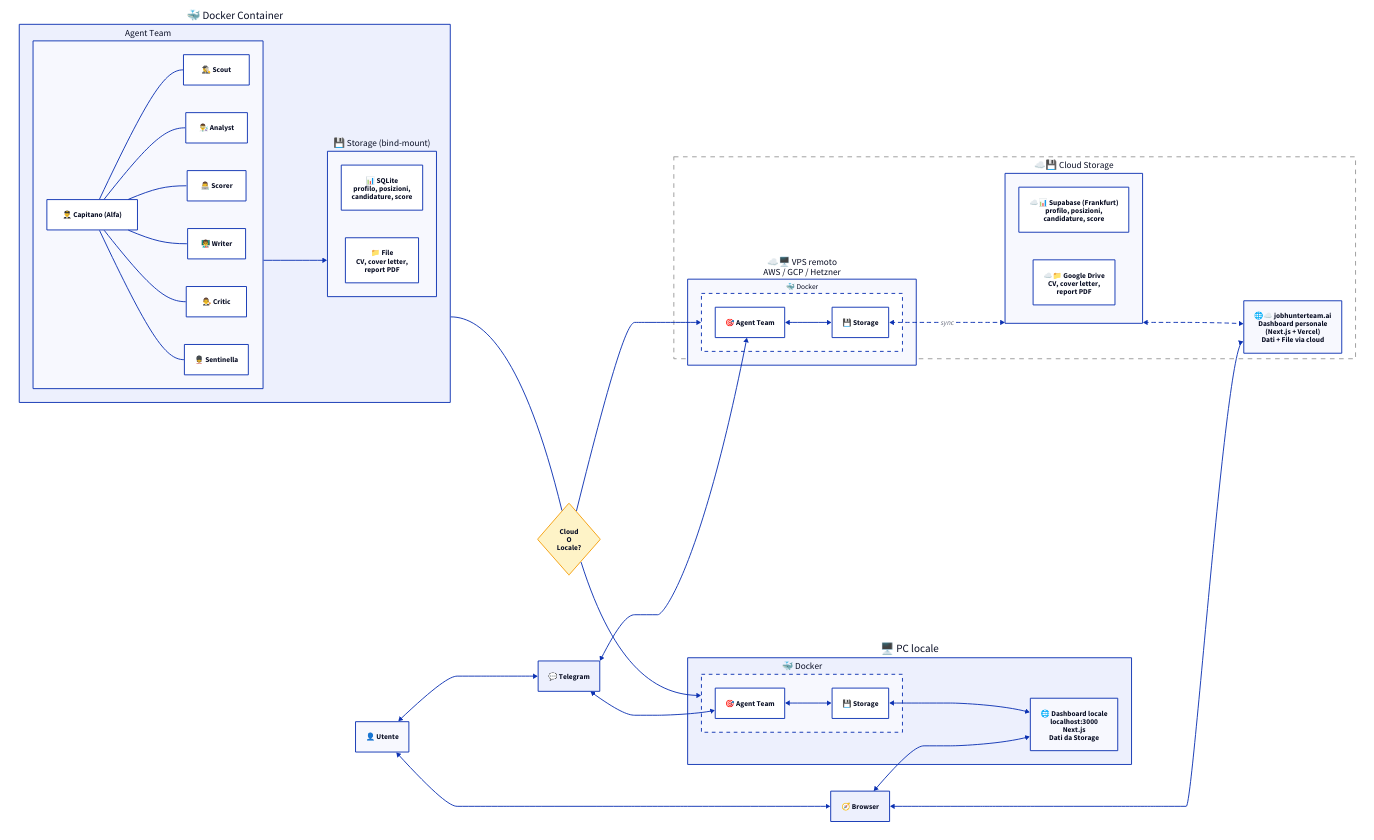
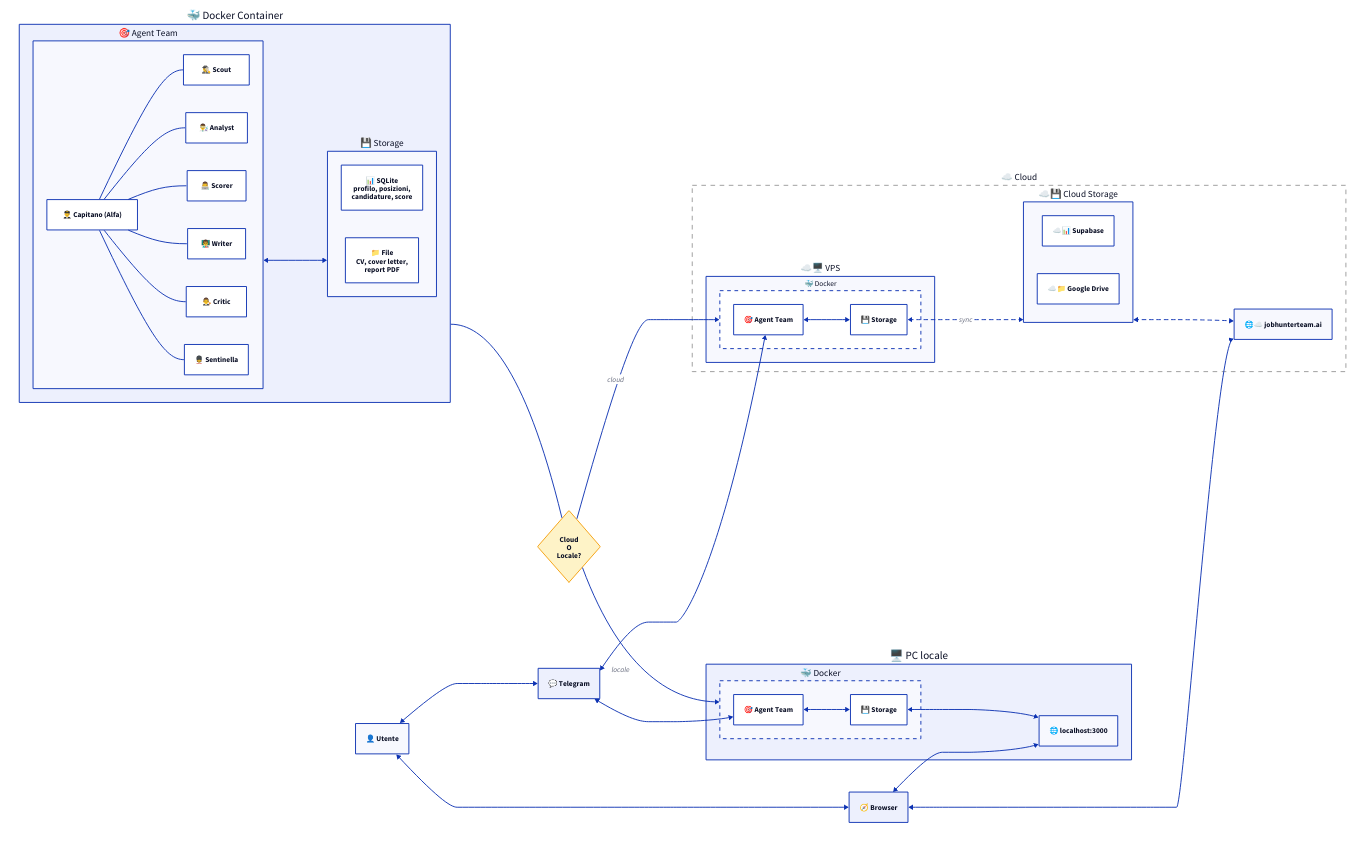
Before and after one commit to leopu00/job-hunter-team: the diagram in docs/infra.d2, drawn with D2.

Commit message:
docs(infra): polish labels and edges
- Bidirectional arrow between Agent Team and Storage in Docker Container
- Label "cloud"/"locale" on decision junction arrows
- Emoji on Agent Team in main Docker Container
- Simplified labels: VPS, Storage, Cloud Storage children, site, localhost
- Cloud container now labeled for better padding

```diff
--- a/docs/infra.d2
+++ b/docs/infra.d2
@@ -1,106 +1,107 @@
 direction: right
 
 row1: "" {
   style: {
     stroke: transparent
     fill: transparent
   }
   direction: down
 
   docker: "🐳 Docker Container" {
-    team: "Agent Team" {
+    team: "🎯 Agent Team" {
       capitano: "👨‍✈️ Capitano (Alfa)"
       scout: "🕵️‍♂️ Scout"
       analyst: "👨‍🔬 Analyst"
       scorer: "👨‍💻 Scorer"
       writer: "👨‍🏫 Writer"
       critic: "👨‍⚖️ Critic"
       sentinella: "💂 Sentinella"
 
       capitano -- scout
       capitano -- analyst
       capitano -- scorer
       capitano -- writer
       capitano -- critic
       capitano -- sentinella
     }
 
-    storage: "💾 Storage (bind-mount)" {
+    storage: "💾 Storage" {
       sqlite: "📊 SQLite\nprofilo, posizioni,\ncandidature, score"
       file: "📁 File\nCV, cover letter,\nreport PDF"
     }
 
-    team -> storage
+    team <-> storage
   }
 
-  cloud_col: "" {
+  cloud_col: "☁️ Cloud" {
     style: {
       stroke: "#999"
       stroke-dash: 5
       fill: transparent
+      font-size: 20
     }
     cloud: "☁️💾 Cloud Storage" {
-      supabase: "☁️📊 Supabase (Frankfurt)\nprofilo, posizioni,\ncandidature, score"
-      gdrive: "☁️📁 Google Drive\nCV, cover letter,\nreport PDF"
+      supabase: "☁️📊 Supabase"
+      gdrive: "☁️📁 Google Drive"
     }
-    site: "🌐☁️ jobhunterteam.ai\nDashboard personale\n(Next.js + Vercel)\nDati + File via cloud"
-    vps: "☁️🖥️ VPS remoto\nAWS / GCP / Hetzner" {
+    site: "🌐☁️ jobhunterteam.ai"
+    vps: "☁️🖥️ VPS" {
       docker: "🐳 Docker" {
         style.stroke-dash: 4
         team: "🎯 Agent Team"
         storage: "💾 Storage"
       }
     }
     cloud <-> site: {
       style.stroke-dash: 4
     }
   }
 
 }
 
 row2: "" {
   style: {
     stroke: transparent
     fill: transparent
   }
   direction: down
 
   pc: "🖥️ PC locale" {
     docker: "🐳 Docker" {
       style.stroke-dash: 4
       team: "🎯 Agent Team"
       storage: "💾 Storage"
     }
-    dashboard_locale: "🌐 Dashboard locale\nlocalhost:3000\nNext.js\nDati da Storage"
+    dashboard_locale: "🌐 localhost:3000"
   }
   telegram: "💬 Telegram"
   browser: "🧭 Browser"
 }
 
 utente: "👤 Utente"
 junction: "Cloud\nO\nLocale?" {
   shape: diamond
   style: {
     fill: "#fef3c7"
     stroke: "#f59e0b"
     stroke-width: 2
   }
 }
 
 row1.cloud_col.vps.docker.storage <-> row1.cloud_col.cloud: sync {
   style.stroke-dash: 4
 }
 row2.pc.docker.storage <-> row2.pc.dashboard_locale
 row2.browser <-> row1.cloud_col.site
 row1.docker -> junction: {
   target-arrowhead.shape: none
 }
-junction -> row2.pc.docker
-junction -> row1.cloud_col.vps.docker
+junction -> row2.pc.docker: locale
+junction -> row1.cloud_col.vps.docker: cloud
 row2.pc.docker.team <-> row2.pc.docker.storage
 row1.cloud_col.vps.docker.team <-> row1.cloud_col.vps.docker.storage
 utente <-> row2.browser
 row2.browser <-> row2.pc.dashboard_locale
 utente <-> row2.telegram
 row2.telegram <-> row2.pc.docker.team
 row2.telegram <-> row1.cloud_col.vps.docker.team
```
